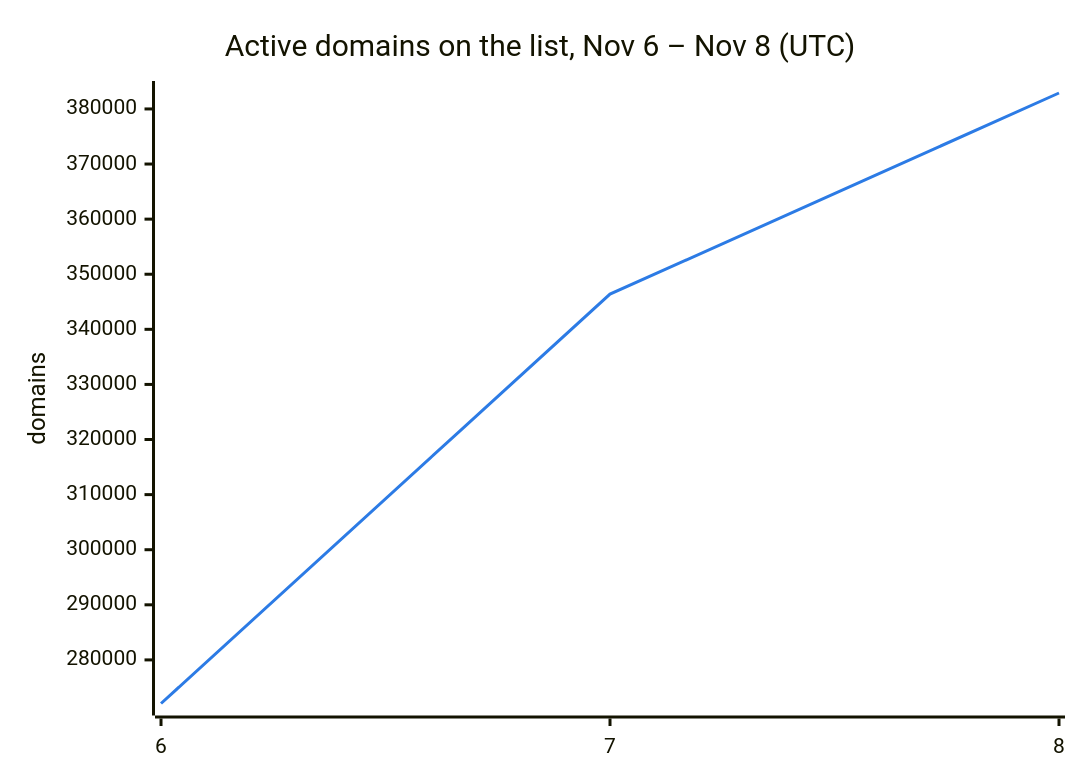
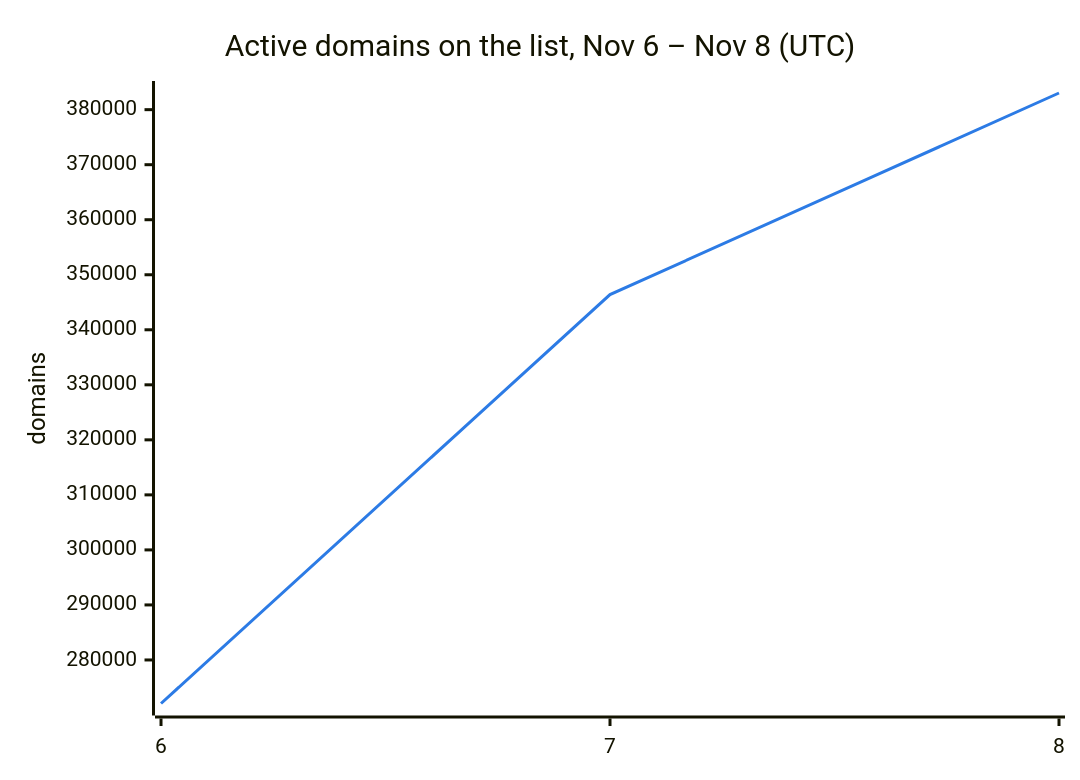
One commit to DNSBunker/CTI changed the second of 3 diagrams in README.md. Above: the diagram before and after it, drawn with Mermaid. The commit also changed other lines of this file and 3 other files, not shown here.

````diff
--- a/README.md
+++ b/README.md
@@ -38,8 +38,8 @@
 ```mermaid
 %%{init: {"themeVariables": {"xyChart": {"plotColorPalette": "#2c7be5"}}}}%%
 xychart-beta
     title "Active domains on the list, Nov 6 – Nov 8 (UTC)"
     x-axis ["6", "7", "8"]
     y-axis "domains"
-    line [272088, 346388, 382894]
+    line [272088, 346388, 383028]
 ```
````
